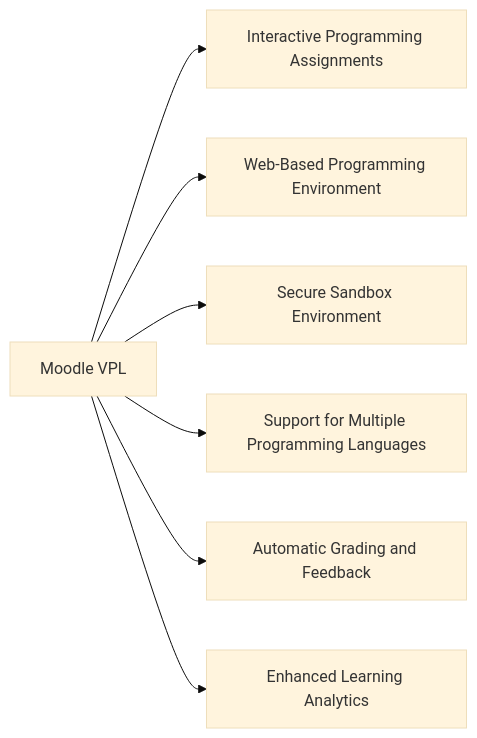
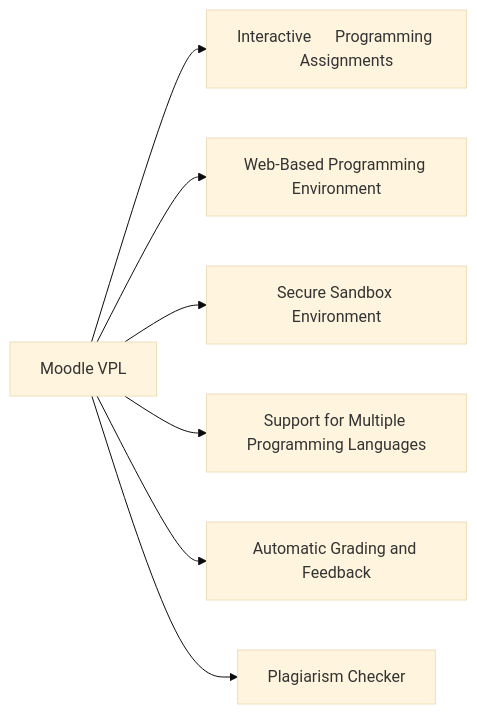
One commit to roycan/moodle-marp changed the second of 3 diagrams in marp.md. Above: the diagram before and after it, drawn with Mermaid (base theme). The commit also changed other lines of this file and 16 other files, not shown here.

```diff
--- a/marp.md
+++ b/marp.md
@@ -54,11 +184,11 @@
-<div class="mermaid">
-graph LR
-  MoodleVPL[Moodle VPL] --> InteractiveProgramming[Interactive Programming Assignments]
-  MoodleVPL --> WebBasedEnvironment[Web-Based Programming Environment]
-  MoodleVPL --> SecureSandbox[Secure Sandbox Environment]
-  MoodleVPL --> MultipleLanguages[Support for Multiple Programming Languages]
-  MoodleVPL --> AutomaticGrading[Automatic Grading and Feedback]
-  MoodleVPL --> EnhancedLearningAnalytics[
-Enhanced Learning Analytics]
+  <div class="mermaid w3-center">
+  graph LR
+    MoodleVPL[Moodle VPL] --> InteractiveProgramming["Interactive      Programming      Assignments"]
+    MoodleVPL --> WebBasedEnvironment["Web-Based Programming Environment"]
+    MoodleVPL --> SecureSandbox["Secure Sandbox Environment"]
+    MoodleVPL --> MultipleLanguages["Support for Multiple Programming Languages"]
+    MoodleVPL --> AutomaticGrading["Automatic Grading and Feedback"]
+    MoodleVPL --> PlagiarismChecker["
+  Plagiarism Checker"]
 
-</div>
+  </div>
```
